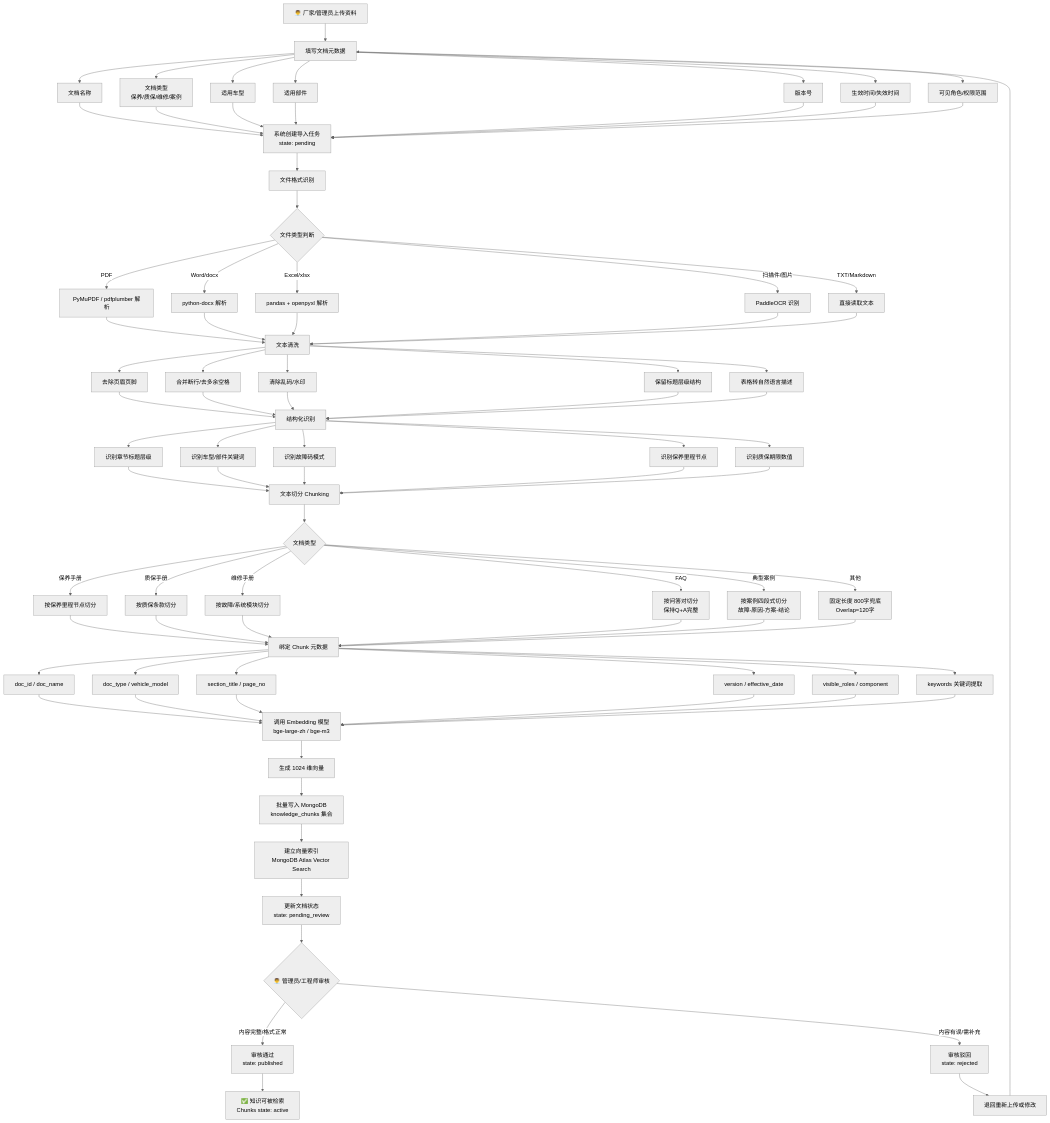
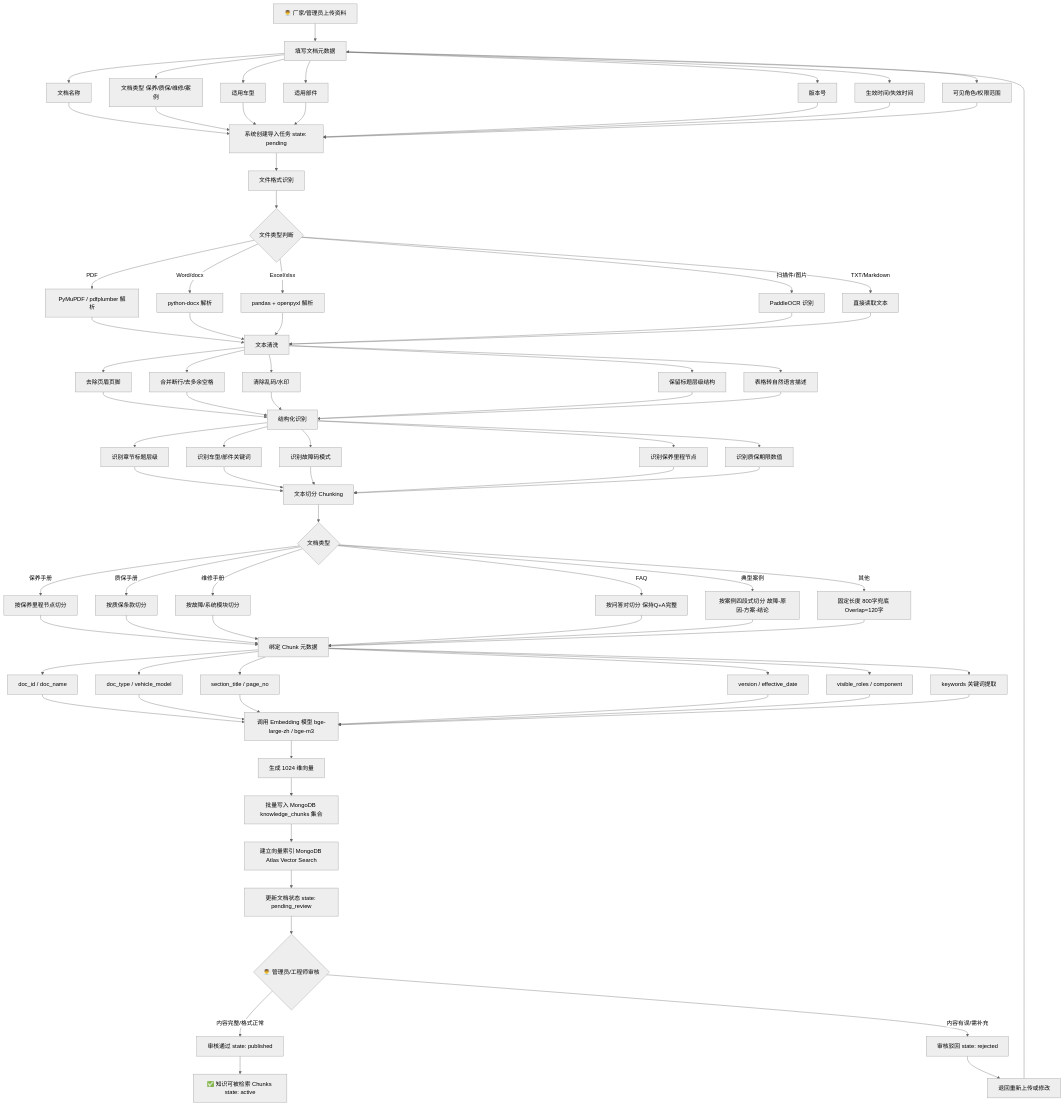
One commit to evanwusibin/auto-carcrm changed the diagram in flows/01_数据导入流程/01_知识导入总流程.md. Above: the diagram before and after it, drawn with Mermaid (neutral theme). The commit also changed 13 other files, not shown here.

First line of the commit message:
feat: 五项优化 - 登录页轮播+排版/Mermaid修复/检索页流式开关/页面设计文档/DB更新v1.2

```diff
--- a/flows/01_数据导入流程/01_知识导入总流程.md
+++ b/flows/01_数据导入流程/01_知识导入总流程.md
@@ -13,14 +13,14 @@
     A[👨‍💼 厂家/管理员上传资料] --> B[填写文档元数据]
 
     B --> B1[文档名称]
-    B --> B2[文档类型<br/>保养/质保/维修/案例]
+    B --> B2[文档类型 保养/质保/维修/案例]
     B --> B3[适用车型]
     B --> B4[适用部件]
     B --> B5[版本号]
     B --> B6[生效时间/失效时间]
     B --> B7[可见角色/权限范围]
 
-    B1 --> C[系统创建导入任务<br/>state: pending]
+    B1 --> C[系统创建导入任务 state: pending]
     B2 --> C
     B3 --> C
     B4 --> C
@@ -71,9 +71,9 @@
     H1 -- 保养手册 --> HA[按保养里程节点切分]
     H1 -- 质保手册 --> HB[按质保条款切分]
     H1 -- 维修手册 --> HC[按故障/系统模块切分]
-    H1 -- FAQ --> HD[按问答对切分<br/>保持Q+A完整]
-    H1 -- 典型案例 --> HE[按案例四段式切分<br/>故障-原因-方案-结论]
-    H1 -- 其他 --> HF[固定长度 800字兜底<br/>Overlap=120字]
+    H1 -- FAQ --> HD[按问答对切分 保持Q+A完整]
+    H1 -- 典型案例 --> HE[按案例四段式切分 故障-原因-方案-结论]
+    H1 -- 其他 --> HF[固定长度 800字兜底 Overlap=120字]
 
     HA --> I[绑定 Chunk 元数据]
     HB --> I
@@ -89,7 +89,7 @@
     I --> I5[visible_roles / component]
     I --> I6[keywords 关键词提取]
 
-    I1 --> J[调用 Embedding 模型<br/>bge-large-zh / bge-m3]
+    I1 --> J[调用 Embedding 模型 bge-large-zh / bge-m3]
     I2 --> J
     I3 --> J
     I4 --> J
@@ -97,15 +97,15 @@
     I6 --> J
 
     J --> K[生成 1024 维向量]
-    K --> L[批量写入 MongoDB<br/>knowledge_chunks 集合]
-    L --> M[建立向量索引<br/>MongoDB Atlas Vector Search]
-    M --> N[更新文档状态<br/>state: pending_review]
+    K --> L[批量写入 MongoDB knowledge_chunks 集合]
+    L --> M[建立向量索引 MongoDB Atlas Vector Search]
+    M --> N[更新文档状态 state: pending_review]
 
     N --> O{👨‍💼 管理员/工程师审核}
-    O -- 内容完整/格式正常 --> P[审核通过<br/>state: published]
-    O -- 内容有误/需补充 --> Q[审核驳回<br/>state: rejected]
+    O -- 内容完整/格式正常 --> P[审核通过 state: published]
+    O -- 内容有误/需补充 --> Q[审核驳回 state: rejected]
 
-    P --> R[✅ 知识可被检索<br/>Chunks state: active]
+    P --> R[✅ 知识可被检索 Chunks state: active]
 
     Q --> S[退回重新上传或修改]
     S --> B
```
